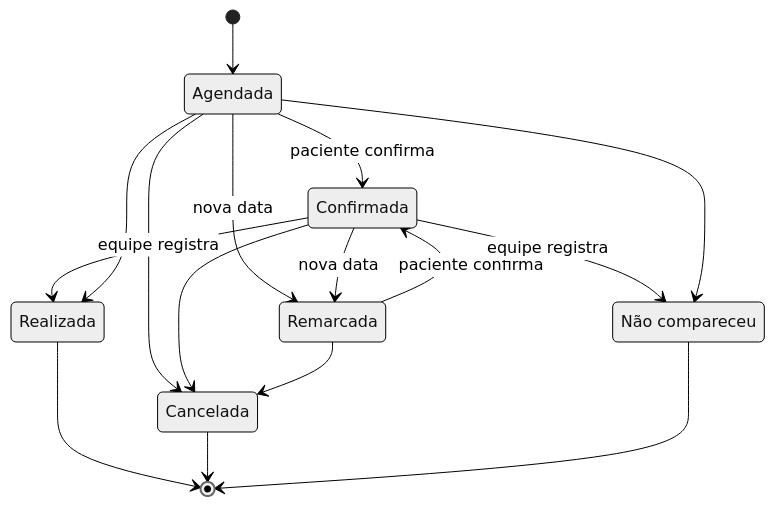
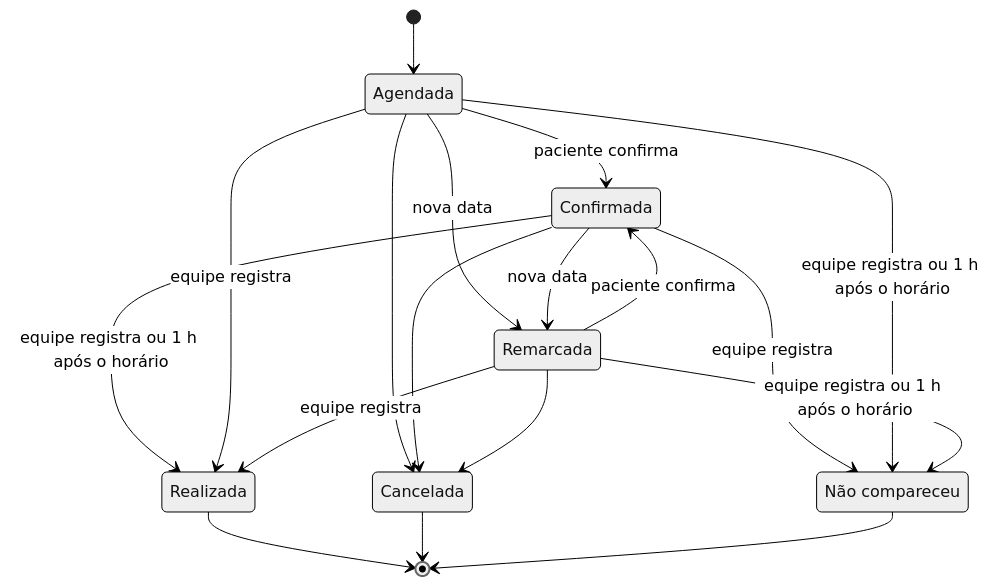
One commit to clinica-consulta/clinica-backend changed the first of 5 diagrams in README.md. Above: the diagram before and after it, drawn with Mermaid (neutral theme). The commit also changed other lines of this file and 8 other files, not shown here.

First line of the commit message:
feat(consultas): ciclo da consulta com encerramento automático 1 hora após o horário

````diff
--- a/README.md
+++ b/README.md
@@ -197,19 +201,21 @@
 ```mermaid
 stateDiagram-v2
     [*] --> Agendada
     Agendada --> Confirmada: paciente confirma
     Agendada --> Remarcada: nova data
     Confirmada --> Remarcada: nova data
     Remarcada --> Confirmada: paciente confirma
     Agendada --> Cancelada
     Confirmada --> Cancelada
     Remarcada --> Cancelada
-    Confirmada --> Realizada: equipe registra
+    Confirmada --> Realizada: equipe registra ou 1 h após o horário
     Confirmada --> NaoCompareceu: equipe registra
-    Agendada --> Realizada
-    Agendada --> NaoCompareceu
+    Agendada --> Realizada: equipe registra
+    Agendada --> NaoCompareceu: equipe registra ou 1 h após o horário
+    Remarcada --> Realizada: equipe registra
+    Remarcada --> NaoCompareceu: equipe registra ou 1 h após o horário
     Realizada --> [*]
     Cancelada --> [*]
     NaoCompareceu --> [*]
     NaoCompareceu: Não compareceu
 ```
````
